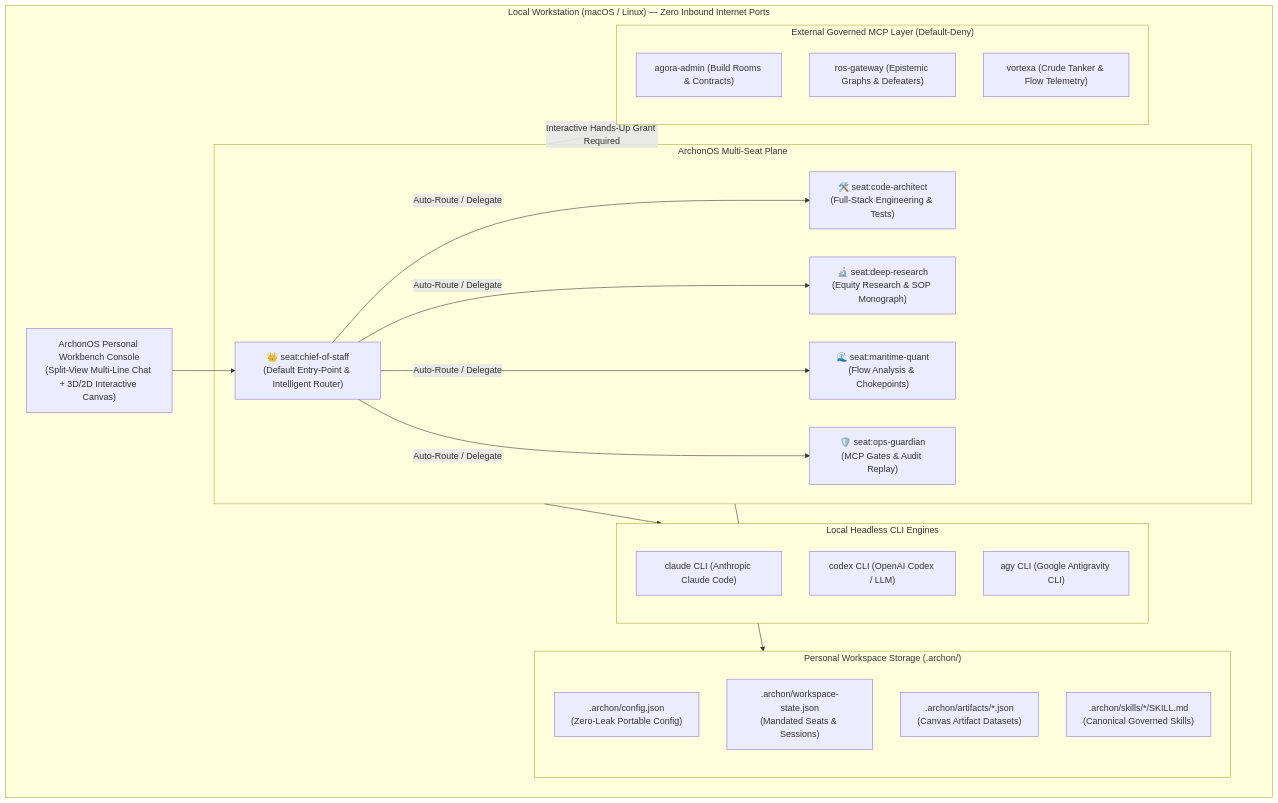
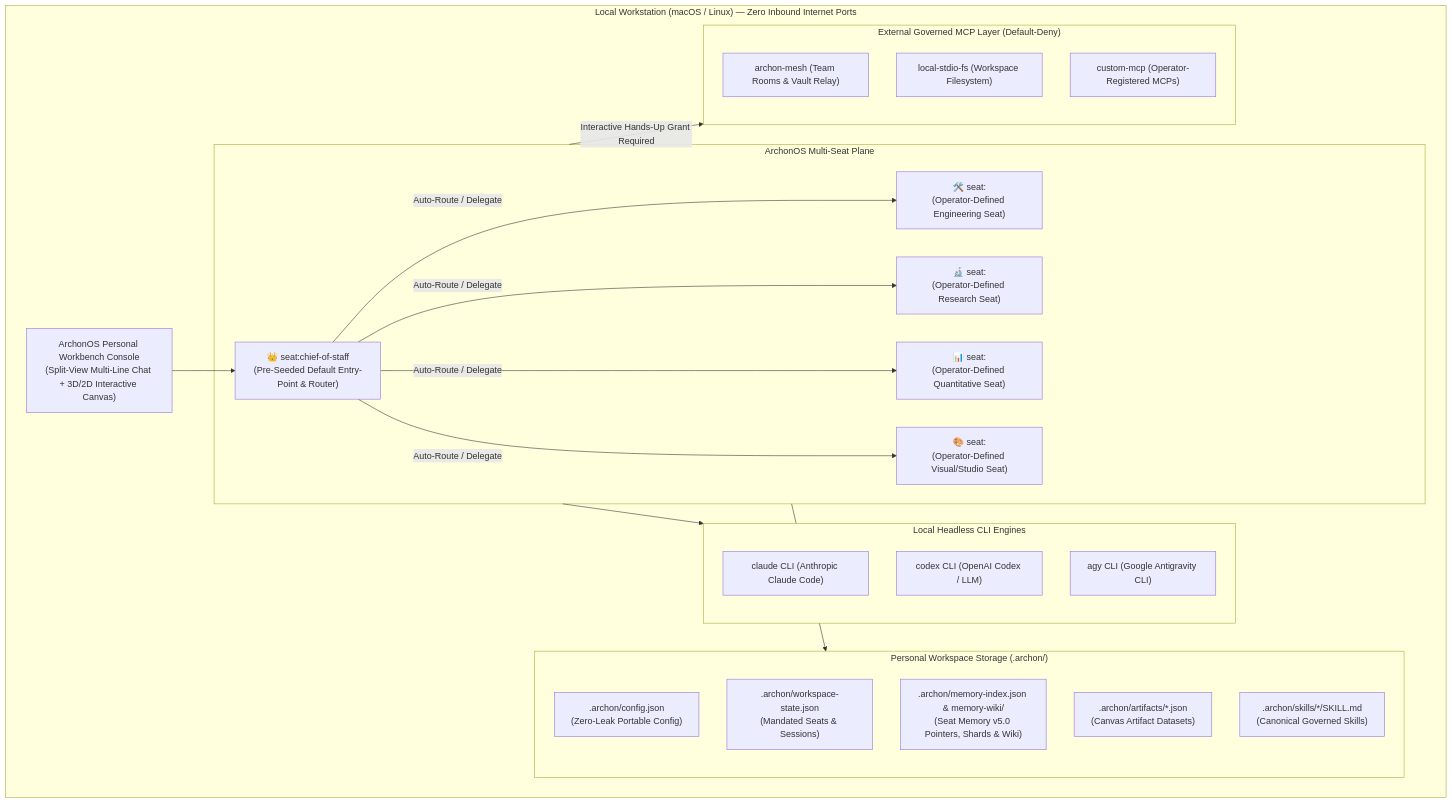
The diagram in README.md (dmquant/archonos-pub), drawn with Mermaid before and after one commit. The commit also changed other lines of this file and 5 other files, not shown here.

Commit message:
refactor(memory): decouple Seat Memory v5.0 & READMEs from private specialist seat names (pre-seed chief-of-staff + dynamic operator seats)

````diff
--- a/README.md
+++ b/README.md
@@ -75,49 +75,51 @@
 ```mermaid
 flowchart TB
   subgraph Host["Local Workstation (macOS / Linux) — Zero Inbound Internet Ports"]
     UI["ArchonOS Personal Workbench Console
 (Split-View Multi-Line Chat + 3D/2D Interactive Canvas)"]
     
     subgraph Seats["ArchonOS Multi-Seat Plane"]
       COS["👑 seat:chief-of-staff
-(Default Entry-Point & Intelligent Router)"]
-      CODE["🛠️ seat:code-architect
-(Full-Stack Engineering & Tests)"]
-      RES["🔬 seat:deep-research
-(Equity Research & SOP Monograph)"]
-      QUANT["🌊 seat:maritime-quant
-(Flow Analysis & Chokepoints)"]
-      OPS["🛡️ seat:ops-guardian
-(MCP Gates & Audit Replay)"]
+(Pre-Seeded Default Entry-Point & Router)"]
+      SPEC1["🛠️ seat:<custom-engineering>
+(Operator-Defined Engineering Seat)"]
+      SPEC2["🔬 seat:<custom-research>
+(Operator-Defined Research Seat)"]
+      SPEC3["📊 seat:<custom-quant>
+(Operator-Defined Quantitative Seat)"]
+      SPEC4["🎨 seat:<custom-design>
+(Operator-Defined Visual/Studio Seat)"]
     end
 
     subgraph Hands["Local Headless CLI Engines"]
       CLI1["claude CLI (Anthropic Claude Code)"]
       CLI2["codex CLI (OpenAI Codex / LLM)"]
       CLI3["agy CLI (Google Antigravity CLI)"]
     end
 
     subgraph Storage["Personal Workspace Storage (.archon/)"]
       CFG[".archon/config.json
 (Zero-Leak Portable Config)"]
       STATE[".archon/workspace-state.json
 (Mandated Seats & Sessions)"]
+      MEM[".archon/memory-index.json & memory-wiki/
+(Seat Memory v5.0 Pointers, Shards & Wiki)"]
       ARTS[".archon/artifacts/*.json
 (Canvas Artifact Datasets)"]
       SKILLS[".archon/skills/*/SKILL.md
 (Canonical Governed Skills)"]
     end
 
     subgraph MCP["External Governed MCP Layer (Default-Deny)"]
-      MCP1["agora-admin (Build Rooms & Contracts)"]
-      MCP2["ros-gateway (Epistemic Graphs & Defeaters)"]
-      MCP3["vortexa (Crude Tanker & Flow Telemetry)"]
+      MCP1["archon-mesh (Team Rooms & Vault Relay)"]
+      MCP2["local-stdio-fs (Workspace Filesystem)"]
+      MCP3["custom-mcp (Operator-Registered MCPs)"]
     end
   end
 
   UI --> COS
-  COS -->|Auto-Route / Delegate| CODE & RES & QUANT & OPS
+  COS -->|Auto-Route / Delegate| SPEC1 & SPEC2 & SPEC3 & SPEC4
   Seats --> Hands
   Seats --> Storage
   Seats -->|Interactive Hands-Up Grant Required| MCP
 ```
````
